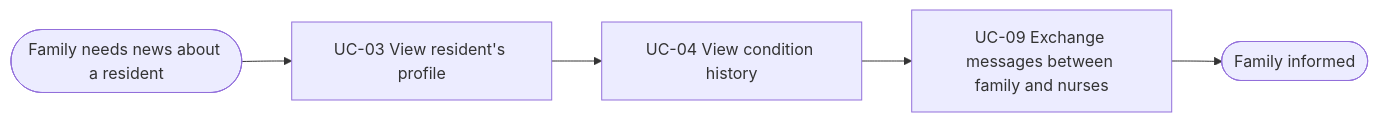
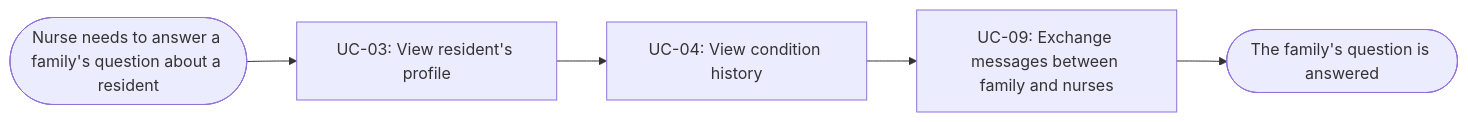
One commit to hatrang191/groupE-nursinghome changed the third of 9 diagrams in docs/external-design/usage-flow.md. Above: the diagram before and after it, drawn with Mermaid. The commit also changed other lines of this file, not shown here.

First line of the commit message:
Revise usage flow and use case details

````diff
--- a/docs/external-design/usage-flow.md
+++ b/docs/external-design/usage-flow.md
@@ -55,13 +46,7 @@
 ```mermaid
-
 flowchart LR
-
- A(["Family needs news about a resident"]) --> U3["UC-03 View resident's profile"]
-
- U3 --> U4["UC-04 View condition history"]
-
- U4 --> U9["UC-09 Exchange messages between family and nurses"]
-
- U9 --> Z(["Family informed"])
-
+  A(["Nurse needs to answer a family's question about a resident"]) --> UC03["UC-03: View resident's profile"]
+  UC03 --> UC04["UC-04: View condition history"]
+  UC04 --> UC09["UC-09: Exchange messages between family and nurses"]
+  UC09 --> Z(["The family's question is answered"])
 ```
````
